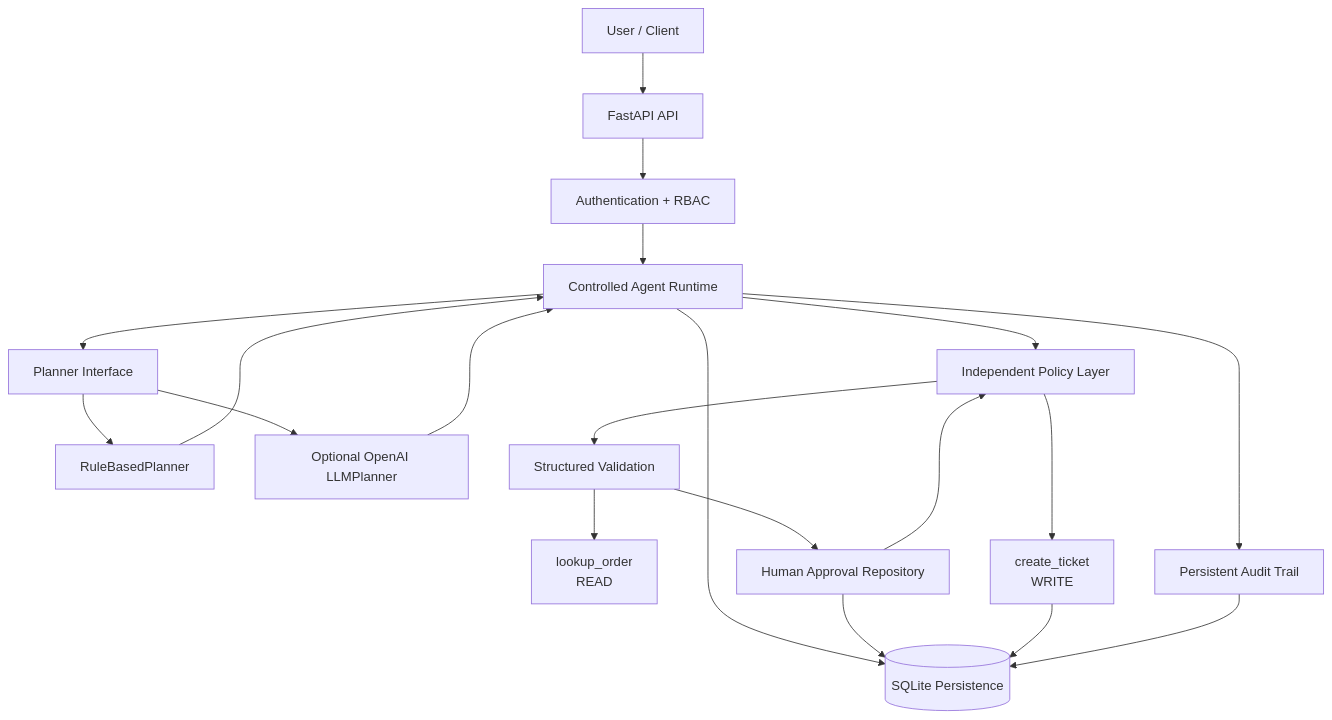
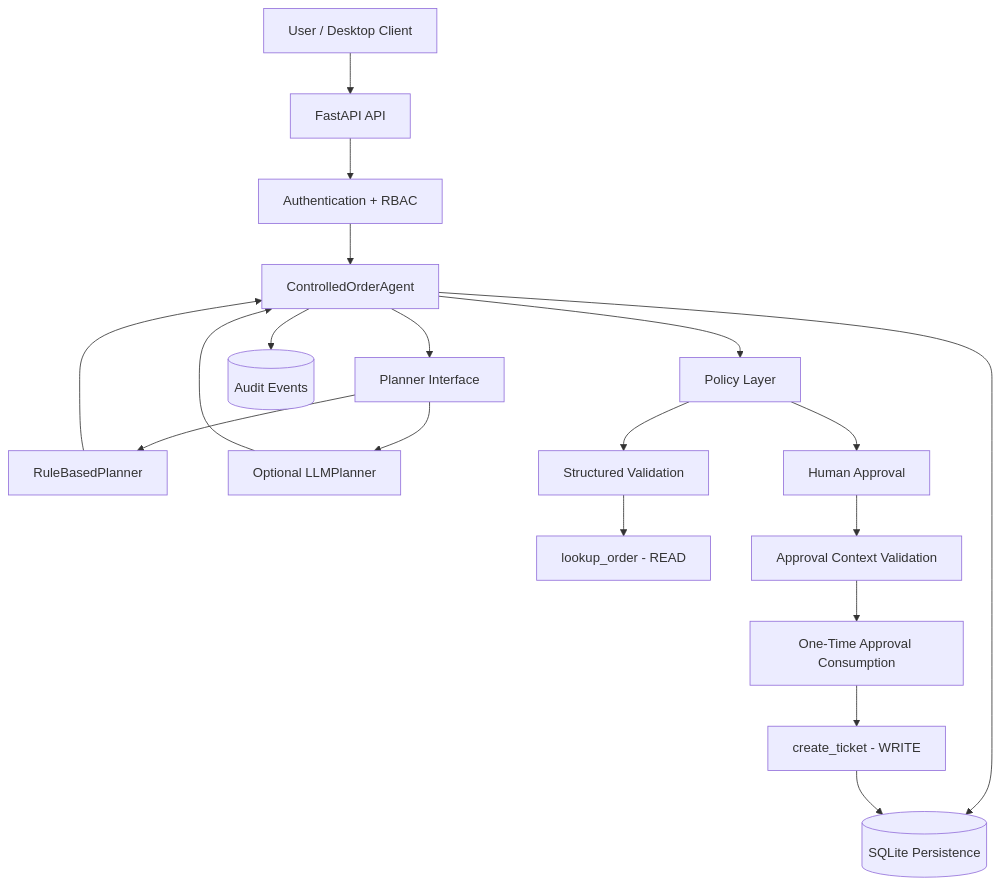
Before and after one commit to mahmmooudian/controlled-order-agent: the diagram in README.md, drawn with Mermaid. The commit also changed other lines of this file, not shown here.

````diff
--- a/README.md
+++ b/README.md
@@ -186,60 +377,60 @@
 ```mermaid
 flowchart TD
 
-    U[User / Client]
+    USER[User / Desktop Client]
 
     API[FastAPI API]
 
     AUTH[Authentication + RBAC]
 
-    RUNTIME[Controlled Agent Runtime]
+    RUNTIME[ControlledOrderAgent]
 
     PLANNER[Planner Interface]
 
     RULE[RuleBasedPlanner]
 
-    LLM[Optional OpenAI LLMPlanner]
+    LLM[Optional LLMPlanner]
 
-    POLICY[Independent Policy Layer]
+    POLICY[Policy Layer]
 
     VALIDATION[Structured Validation]
 
-    READ[lookup_order<br/>READ]
+    READ[lookup_order - READ]
 
-    APPROVAL[Human Approval Repository]
+    APPROVAL[Human Approval]
 
-    WRITE[create_ticket<br/>WRITE]
+    CONTEXT[Approval Context Validation]
+
+    CONSUME[One-Time Approval Consumption]
+
+    WRITE[create_ticket - WRITE]
 
     DB[(SQLite Persistence)]
 
-    AUDIT[Persistent Audit Trail]
+    AUDIT[(Audit Events)]
 
-    U --> API
+    USER --> API
     API --> AUTH
     AUTH --> RUNTIME
 
     RUNTIME --> PLANNER
-
     PLANNER --> RULE
     PLANNER --> LLM
 
     RULE --> RUNTIME
     LLM --> RUNTIME
 
     RUNTIME --> POLICY
     POLICY --> VALIDATION
 
     VALIDATION --> READ
 
-    VALIDATION --> APPROVAL
-    APPROVAL --> POLICY
-
-    POLICY --> WRITE
+    POLICY --> APPROVAL
+    APPROVAL --> CONTEXT
+    CONTEXT --> CONSUME
+    CONSUME --> WRITE
 
     RUNTIME --> DB
-    APPROVAL --> DB
     WRITE --> DB
-    AUDIT --> DB
-
     RUNTIME --> AUDIT
 ```
````
